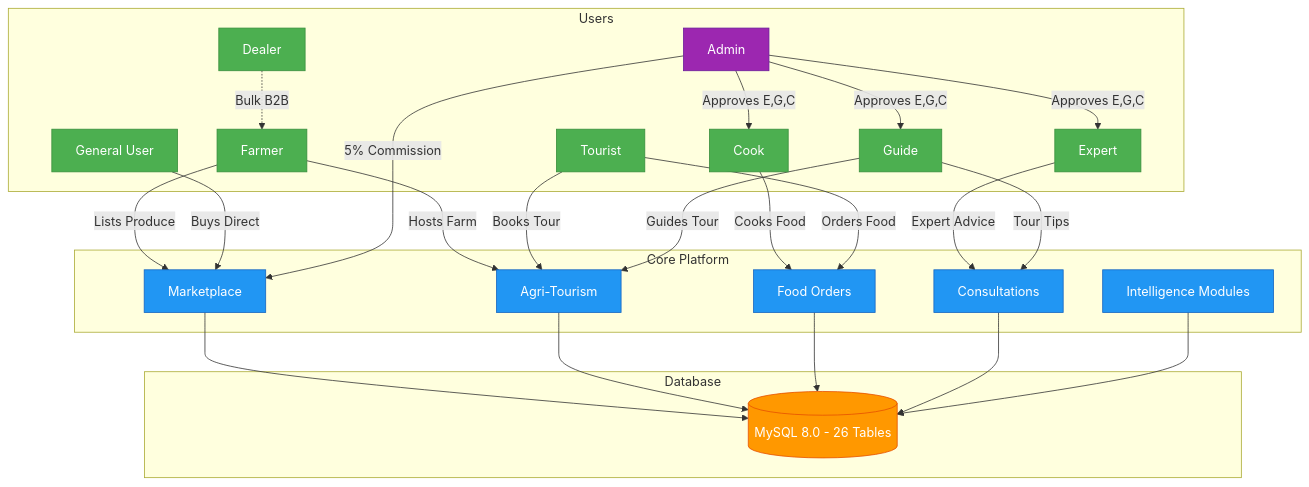
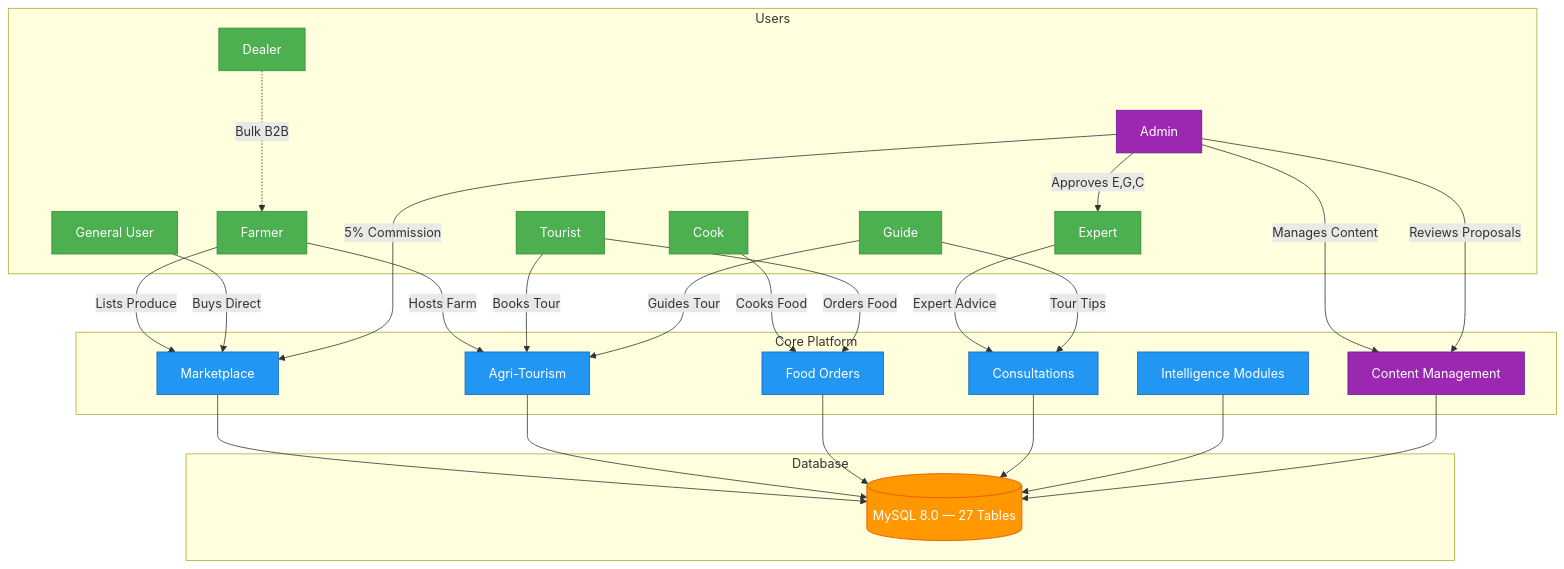
One commit to Nazmul1005/Krishi-Disha changed the first of 2 diagrams in README.md. Above: the diagram before and after it, drawn with Mermaid. The commit also changed other lines of this file and 12 other files, not shown here.

````diff
--- a/README.md
+++ b/README.md
@@ -46,51 +43,53 @@
 ```mermaid
 graph TD
     classDef user fill:#4CAF50,color:#fff,stroke:#388E3C
     classDef system fill:#2196F3,color:#fff,stroke:#1565C0
     classDef data fill:#FF9800,color:#fff,stroke:#E65100
     classDef admin fill:#9C27B0,color:#fff,stroke:#6A1B9A
 
     subgraph Users
         F[Farmer]:::user
         U[General User]:::user
         D[Dealer]:::user
         To[Tourist]:::user
         C[Cook]:::user
         E[Expert]:::user
         G[Guide]:::user
         A[Admin]:::admin
     end
 
     subgraph Core Platform
         M[Marketplace]:::system
         T[Agri-Tourism]:::system
         FO[Food Orders]:::system
         CON[Consultations]:::system
         MOD[Intelligence Modules]:::system
+        CMS[Content Management]:::admin
     end
 
     subgraph Database
-        DB[(MySQL 8.0 - 26 Tables)]:::data
+        DB[(MySQL 8.0 — 27 Tables)]:::data
     end
 
     F -->|Lists Produce| M
     U -->|Buys Direct| M
-    D -.->|Bulk B2B| F
+    D -..->|Bulk B2B| F
     F -->|Hosts Farm| T
     To -->|Books Tour| T
     G -->|Guides Tour| T
     C -->|Cooks Food| FO
     To -->|Orders Food| FO
     E -->|Expert Advice| CON
     G -->|Tour Tips| CON
     A -->|5% Commission| M
     A -->|Approves E,G,C| E
-    A -->|Approves E,G,C| G
-    A -->|Approves E,G,C| C
+    A -->|Manages Content| CMS
+    A -->|Reviews Proposals| CMS
 
     M --> DB
     T --> DB
     FO --> DB
     CON --> DB
     MOD --> DB
+    CMS --> DB
 ```
````
